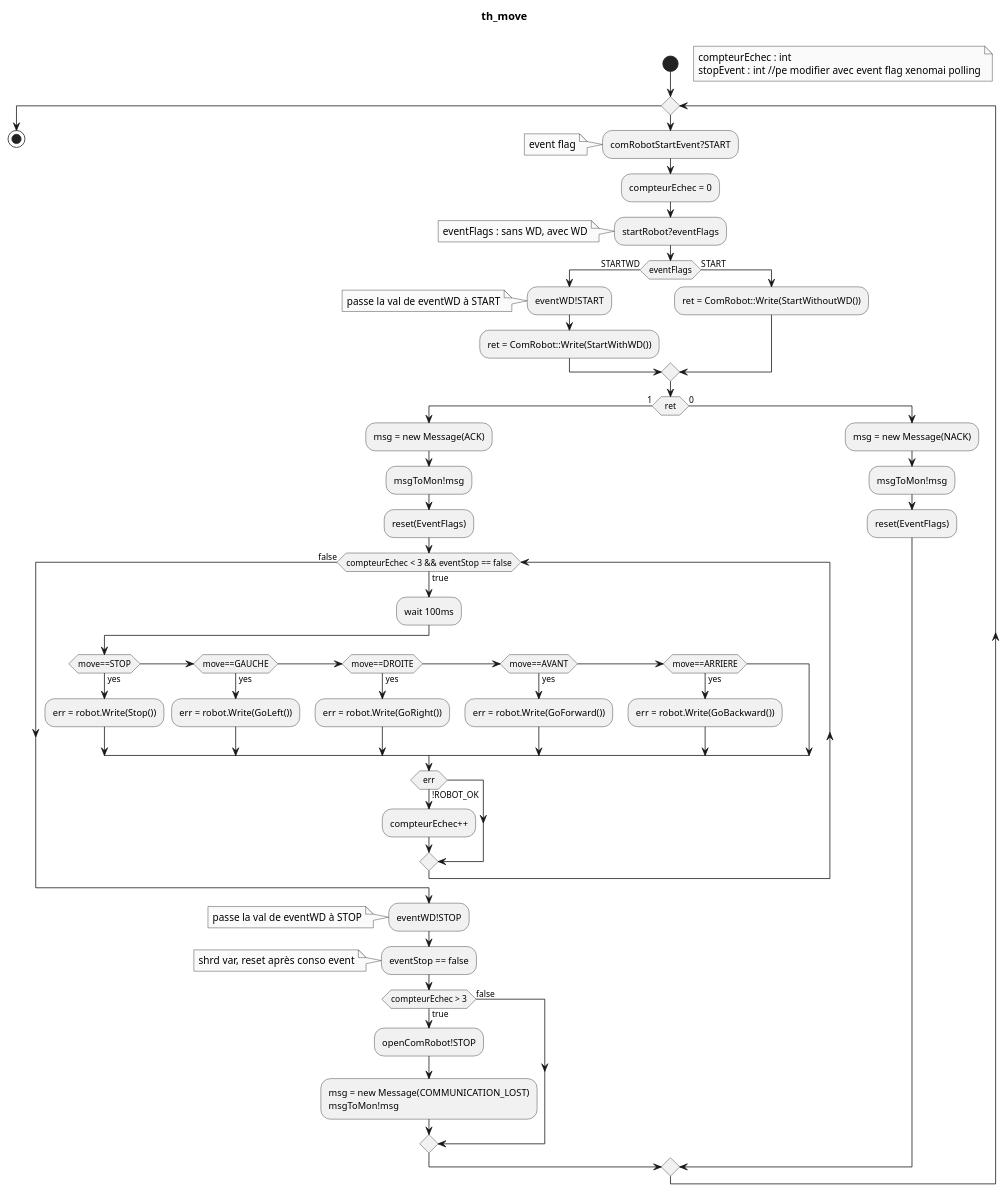
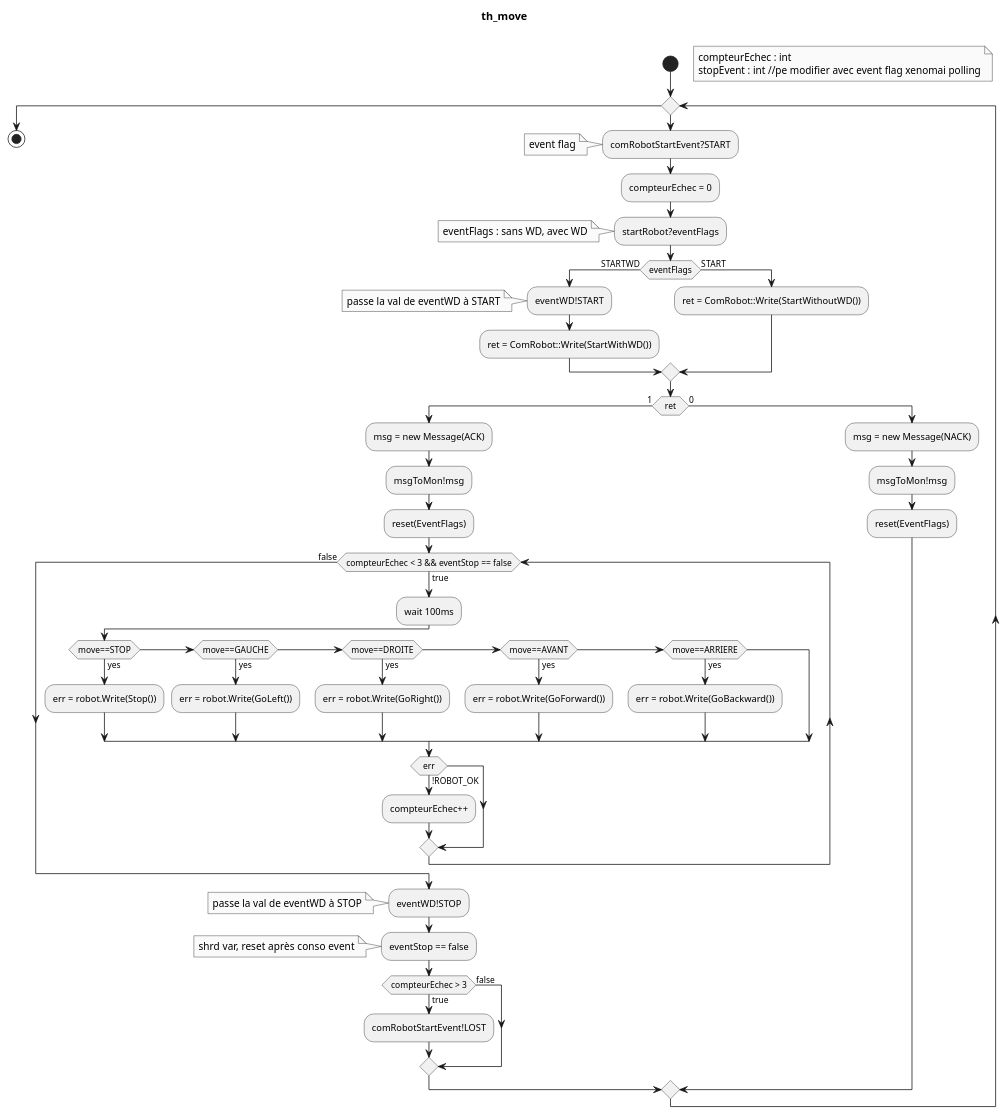
Before and after one commit to Bobillot/BE_Temps_Reel: the diagram in diags/th_move.puml, drawn with PlantUML. The commit also changed 1 other file, not shown here.

Commit message:
correct lost com management

```diff
--- a/diags/th_move.puml
+++ b/diags/th_move.puml
@@ -1,83 +1,81 @@
 @startuml
 
 skinparam monochrome true
 title th_move \n
 
 
 start
 
 floating note right
 compteurEchec : int
 stopEvent : int //pe modifier avec event flag xenomai polling
 endnote
 
 while ()
     :comRobotStartEvent?START;
     note : event flag
     :compteurEchec = 0;
 
     :startRobot?eventFlags;
     note
     eventFlags : sans WD, avec WD
     endnote
 
     if (eventFlags) then (STARTWD)
         :eventWD!START;
     note : passe la val de eventWD à START
         :ret = ComRobot::Write(StartWithWD());
     else (START)
     :ret = ComRobot::Write(StartWithoutWD());
     endif
     
     if (ret) then (1)
     
     :msg = new Message(ACK);
 
     :msgToMon!msg;
 
     :reset(EventFlags);
 
     while (compteurEchec < 3 && eventStop == false) is (true)
         :wait 100ms;
         if (move==STOP) then (yes)
             :err = robot.Write(Stop());
         elseif (move==GAUCHE) then (yes)
             :err = robot.Write(GoLeft());
         elseif (move==DROITE) then (yes)
             :err = robot.Write(GoRight());
         elseif (move==AVANT) then (yes)
             :err = robot.Write(GoForward());
         elseif (move==ARRIERE) then (yes)
             :err = robot.Write(GoBackward());
         endif
         if (err) then (!ROBOT_OK)
             :compteurEchec++;
         endif
     endwhile (false)
     :eventWD!STOP;
     note : passe la val de eventWD à STOP
 :eventStop == false;
 note : shrd var, reset après conso event
 
 if (compteurEchec > 3) then (true)
     ':comRobotStartEvent!STOP;
     'note 
     '    evite de rerentrer dans le début du thread 
     '    si on sait qu'on coupe la com à cause du temps de traitement 
     '    de th_com_robot
     'endnote
-    :openComRobot!STOP;
-    :msg = new Message(COMMUNICATION_LOST)
-    msgToMon!msg;
+    :comRobotStartEvent!LOST;
 else (false)
 endif
 else (0)
     :msg = new Message(NACK);
 
     :msgToMon!msg;
 
     :reset(EventFlags);
 endif
 endwhile
 stop
 @enduml
```
